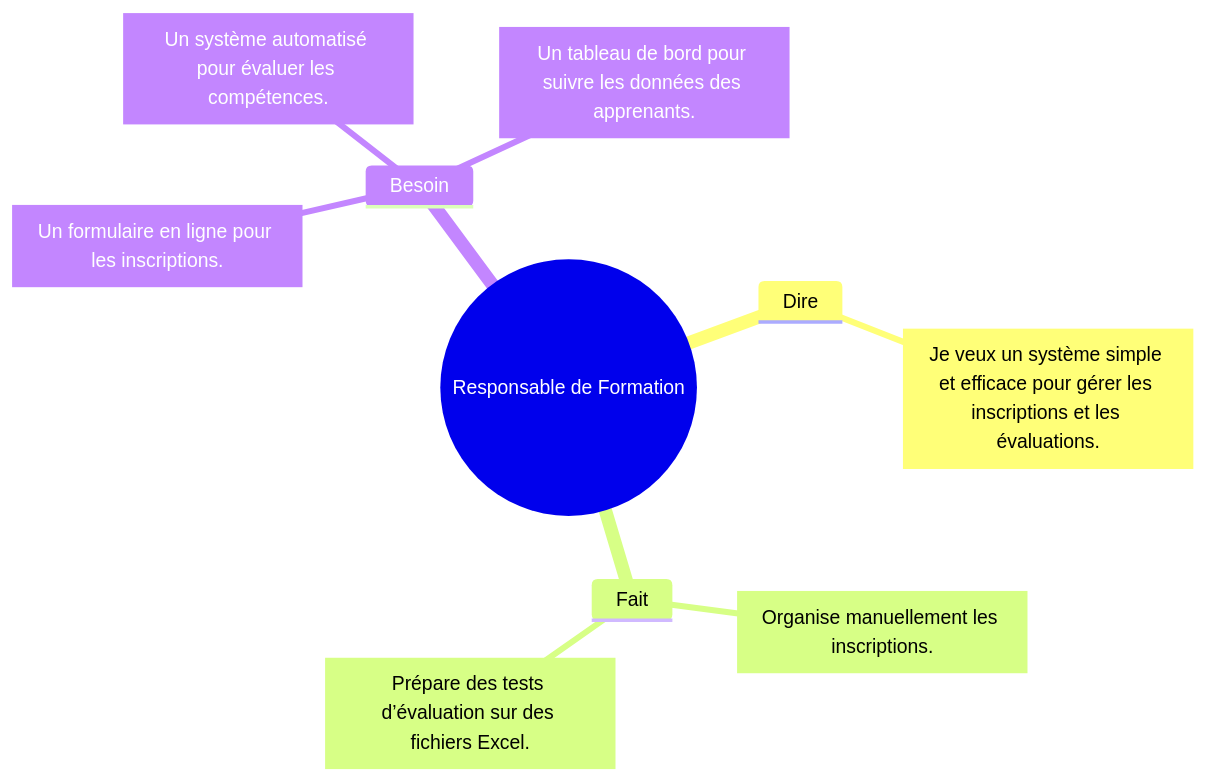
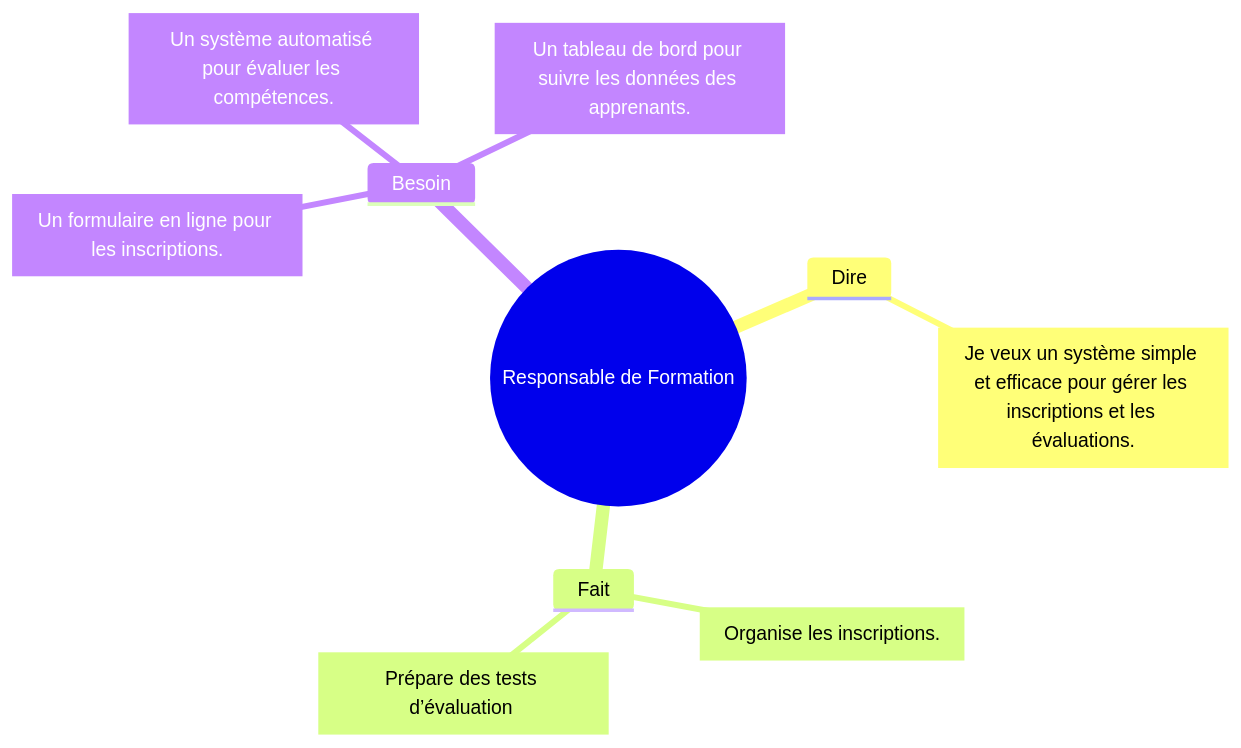
One commit to samiaBoug/Soli_LMS_Test_Inscription changed the diagram in Branche_fonctionelle/Design/carte_empathie_inscrit.mmd. Above: the diagram before and after it, drawn with Mermaid. The commit also changed 2 other files, not shown here.

```diff
--- a/Branche_fonctionelle/Design/carte_empathie_inscrit.mmd
+++ b/Branche_fonctionelle/Design/carte_empathie_inscrit.mmd
@@ -1,11 +1,11 @@
 mindmap
   root((Responsable de Formation))
     Dire
       Dire["Je veux un système simple et efficace pour gérer les inscriptions et les évaluations."]
     Fait
-      Fait["Organise manuellement les inscriptions."]
-      Fait["Prépare des tests d’évaluation sur des fichiers Excel."]
+      Fait["Organise  les inscriptions."]
+      Fait["Prépare des tests d’évaluation "]
     Besoin
       Besoin["Un formulaire en ligne pour les inscriptions."]
       Besoin["Un système automatisé pour évaluer les compétences."]
       Besoin["Un tableau de bord pour suivre les données des apprenants."]
```
